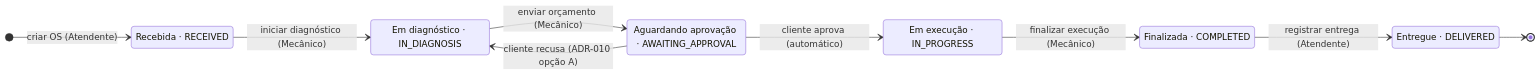
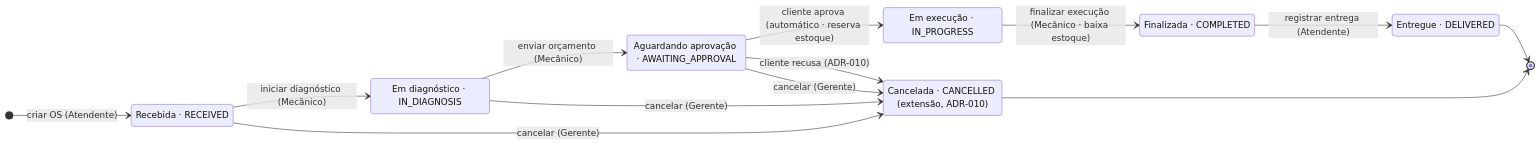
The diagram in docs/01-requisitos/PRD-004-acompanhamento-e-status.md (HermandoThiago/FIAP-SOAT), drawn with Mermaid before and after one commit. The commit also changed other lines of this file and 57 other files, not shown here.

````diff
--- a/docs/01-requisitos/PRD-004-acompanhamento-e-status.md
+++ b/docs/01-requisitos/PRD-004-acompanhamento-e-status.md
@@ -17,18 +17,23 @@
 ```mermaid
 stateDiagram-v2
     direction LR
     [*] --> Recebida: criar OS (Atendente)
     Recebida --> EmDiagnostico: iniciar diagnóstico (Mecânico)
     EmDiagnostico --> AguardandoAprovacao: enviar orçamento (Mecânico)
-    AguardandoAprovacao --> EmExecucao: cliente aprova (automático)
-    AguardandoAprovacao --> EmDiagnostico: cliente recusa (ADR-010 opção A)
-    EmExecucao --> Finalizada: finalizar execução (Mecânico)
+    AguardandoAprovacao --> EmExecucao: cliente aprova (automático · reserva estoque)
+    AguardandoAprovacao --> Cancelada: cliente recusa (ADR-010)
+    Recebida --> Cancelada: cancelar (Gerente)
+    EmDiagnostico --> Cancelada: cancelar (Gerente)
+    AguardandoAprovacao --> Cancelada: cancelar (Gerente)
+    EmExecucao --> Finalizada: finalizar execução (Mecânico · baixa estoque)
     Finalizada --> Entregue: registrar entrega (Atendente)
     Entregue --> [*]
+    Cancelada --> [*]
     state "Recebida · RECEIVED" as Recebida
     state "Em diagnóstico · IN_DIAGNOSIS" as EmDiagnostico
     state "Aguardando aprovação · AWAITING_APPROVAL" as AguardandoAprovacao
     state "Em execução · IN_PROGRESS" as EmExecucao
     state "Finalizada · COMPLETED" as Finalizada
     state "Entregue · DELIVERED" as Entregue
+    state "Cancelada · CANCELLED (extensão, ADR-010)" as Cancelada
 ```
````
